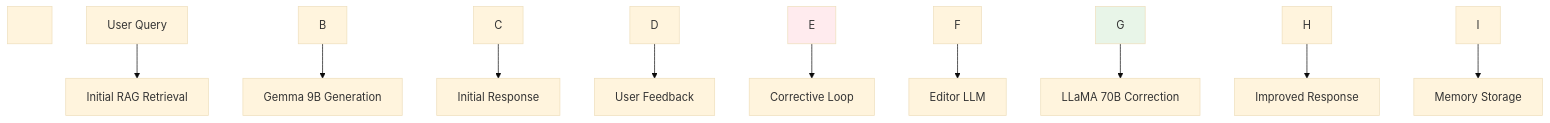
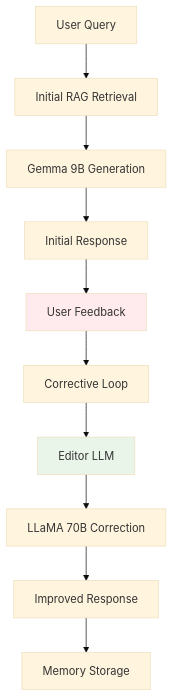
Before and after one commit to dhruvsh1997/AdvanceRAG-Concepts-Langchain: the fourth of 6 diagrams in README.MD, drawn with Mermaid (base theme). The commit also changed other lines of this file, not shown here.

````diff
--- a/README.MD
+++ b/README.MD
@@ -303,29 +155,15 @@
 ```mermaid
-
 graph TD
-
-&nbsp;   A\[User Query] --> B\[Initial RAG Retrieval]
-
-&nbsp;   B --> C\[Gemma 9B Generation]
-
-&nbsp;   C --> D\[Initial Response]
-
-&nbsp;   D --> E\[User Feedback]
-
-&nbsp;   E --> F\[Corrective Loop]
-
-&nbsp;   F --> G\[Editor LLM]
-
-&nbsp;   G --> H\[LLaMA 70B Correction]
-
-&nbsp;   H --> I\[Improved Response]
-
-&nbsp;   I --> J\[Memory Storage]
-
-&nbsp;   
-
-&nbsp;   style E fill:#ffebee
-
-&nbsp;   style G fill:#e8f5e8
-
+    A[User Query] --> B[Initial RAG Retrieval]
+    B --> C[Gemma 9B Generation]
+    C --> D[Initial Response]
+    D --> E[User Feedback]
+    E --> F[Corrective Loop]
+    F --> G[Editor LLM]
+    G --> H[LLaMA 70B Correction]
+    H --> I[Improved Response]
+    I --> J[Memory Storage]
+    
+    style E fill:#ffebee
+    style G fill:#e8f5e8
 ```
````
